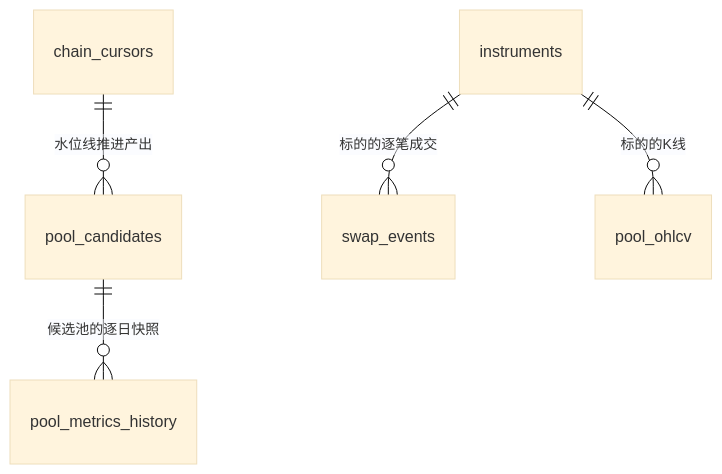
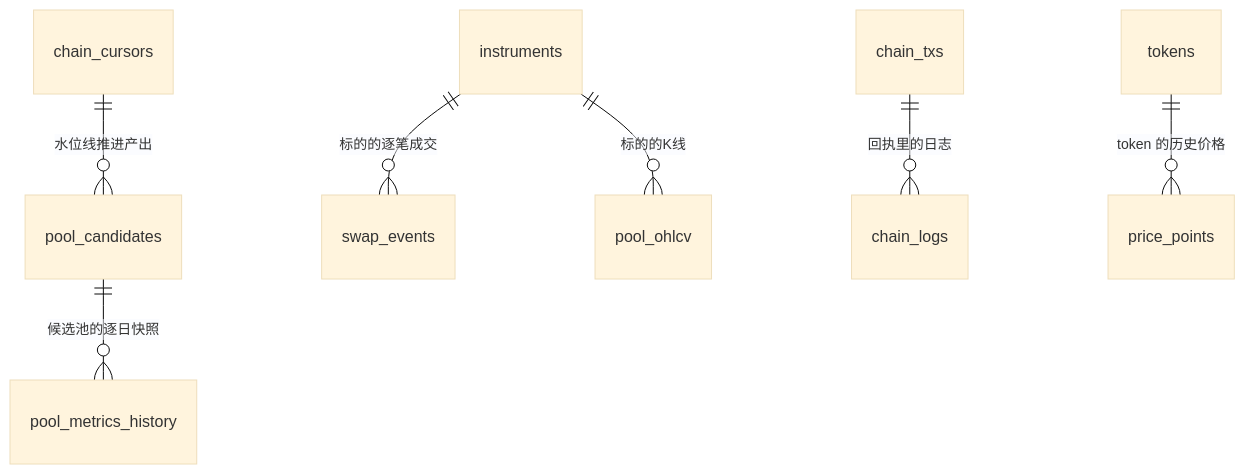
One commit to chenhouzhenjob/alpha-research-engine changed the diagram in SCHEMA.md. Above: the diagram before and after it, drawn with Mermaid (base theme). The commit also changed other lines of this file and 36 other files, not shown here.

````diff
--- a/SCHEMA.md
+++ b/SCHEMA.md
@@ -29,7 +38,9 @@
 ```mermaid
 erDiagram
     chain_cursors ||--o{ pool_candidates : "水位线推进产出"
     pool_candidates ||--o{ pool_metrics_history : "候选池的逐日快照"
     instruments ||--o{ swap_events : "标的的逐笔成交"
     instruments ||--o{ pool_ohlcv : "标的的K线"
+    chain_txs ||--o{ chain_logs : "回执里的日志"
+    tokens ||--o{ price_points : "token 的历史价格"
 ```
````
